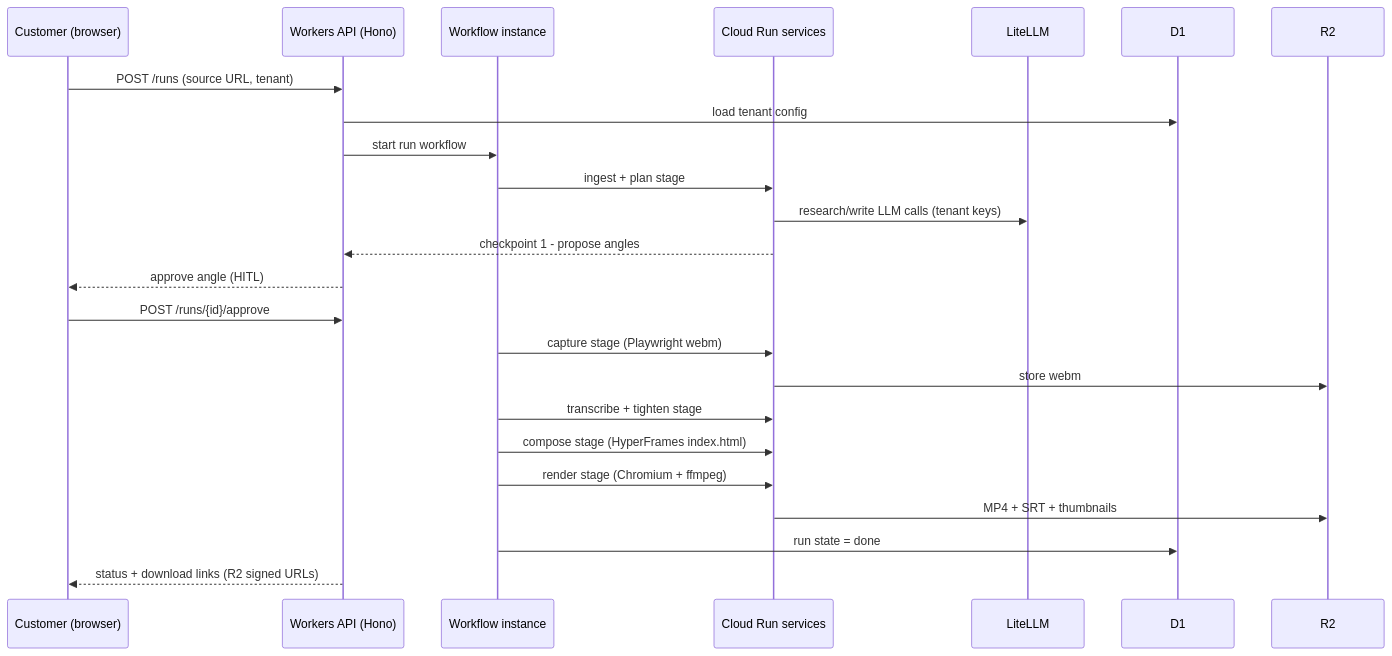
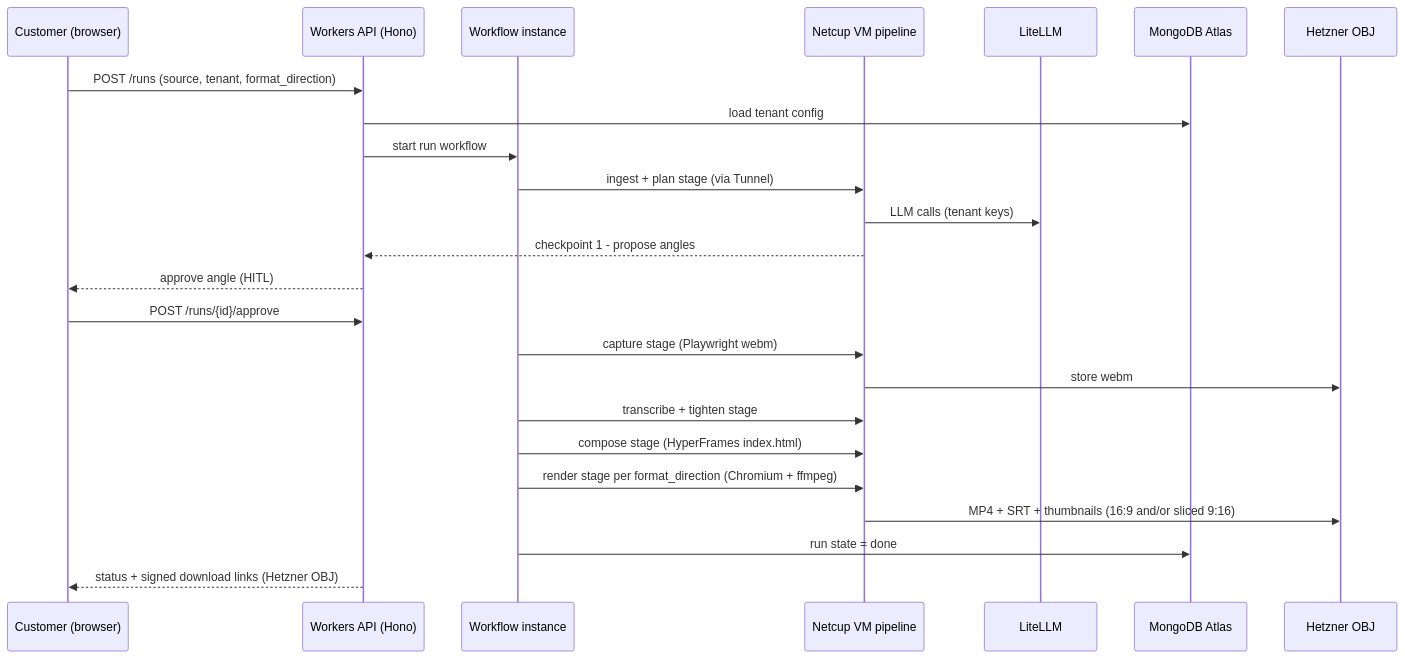
The third of 5 diagrams in docs/hld.md (noah-sheldon/contentforge), drawn with Mermaid before and after one commit. The commit also changed other lines of this file and 2 other files, not shown here.

First line of the commit message:
docs: final stack — Atlas Mongo + Hetzner OBJ + Netcup VM compute

````diff
--- a/docs/hld.md
+++ b/docs/hld.md
@@ -93,26 +88,26 @@
 ```mermaid
 sequenceDiagram
     participant C as Customer (browser)
     participant A as Workers API (Hono)
     participant F as Workflow instance
-    participant S as Cloud Run services
+    participant V as Netcup VM pipeline
     participant L as LiteLLM
-    participant D as D1
-    participant R as R2
-    C->>A: POST /runs (source URL, tenant)
+    participant D as MongoDB Atlas
+    participant O as Hetzner OBJ
+    C->>A: POST /runs (source, tenant, format_direction)
     A->>D: load tenant config
     A->>F: start run workflow
-    F->>S: ingest + plan stage
-    S->>L: research/write LLM calls (tenant keys)
-    S-->>A: checkpoint 1 - propose angles
+    F->>V: ingest + plan stage (via Tunnel)
+    V->>L: LLM calls (tenant keys)
+    V-->>A: checkpoint 1 - propose angles
     A-->>C: approve angle (HITL)
     C->>A: POST /runs/{id}/approve
-    F->>S: capture stage (Playwright webm)
-    S->>R: store webm
-    F->>S: transcribe + tighten stage
-    F->>S: compose stage (HyperFrames index.html)
-    F->>S: render stage (Chromium + ffmpeg)
-    S->>R: MP4 + SRT + thumbnails
+    F->>V: capture stage (Playwright webm)
+    V->>O: store webm
+    F->>V: transcribe + tighten stage
+    F->>V: compose stage (HyperFrames index.html)
+    F->>V: render stage per format_direction (Chromium + ffmpeg)
+    V->>O: MP4 + SRT + thumbnails (16:9 and/or sliced 9:16)
     F->>D: run state = done
-    A-->>C: status + download links (R2 signed URLs)
+    A-->>C: status + signed download links (Hetzner OBJ)
 ```
````
